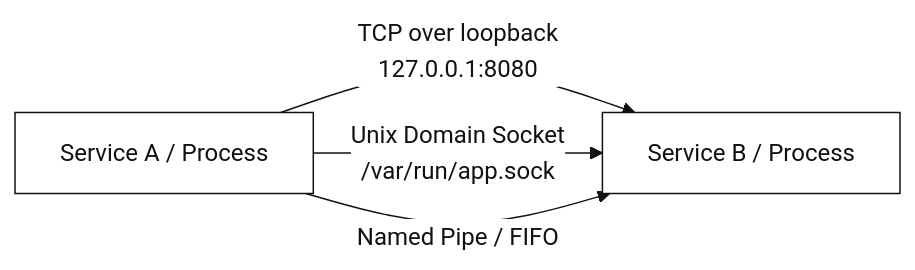
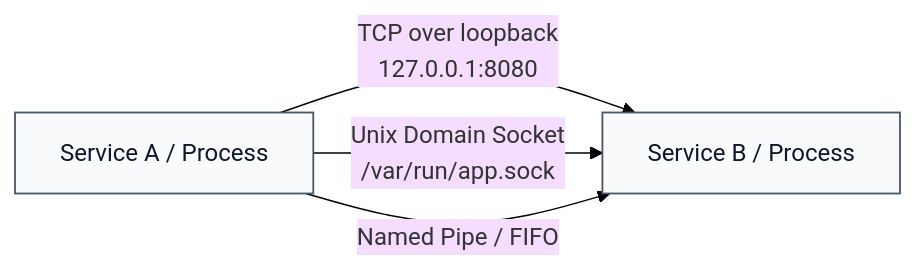
Before and after one commit to hananather/system-design: the fifth of 5 diagrams in sockets.md, drawn with Mermaid. The commit also changed other lines of this file, not shown here.

Commit message:
Restore colorful node styles while keeping canvas background white; maintain spacing settings; fix node class colors across diagrams

````diff
--- a/sockets.md
+++ b/sockets.md
@@ -135,22 +123,19 @@
 ```mermaid
 %%{init: {
   'theme': 'base',
   'themeVariables': {
     'background': '#ffffff',
-    'primaryColor': '#ffffff',
-    'primaryTextColor': '#111111',
-    'primaryBorderColor': '#111111',
-    'lineColor': '#111111',
-    'edgeLabelBackground': '#ffffff',
     'fontFamily': 'Inter, ui-sans-serif, system-ui'
   },
   'flowchart': { 'useMaxWidth': false, 'diagramPadding': 28, 'htmlLabels': true }
 }}%%
 flowchart LR
-  A["Service A / Process"]
-  B["Service B / Process"]
+  A["Service A / Process"]:::proc
+  B["Service B / Process"]:::proc
 
   A -- "TCP over loopback<br/>127.0.0.1:8080" --> B
   A -- "Unix Domain Socket<br/>/var/run/app.sock" --> B
   A -- "Named Pipe / FIFO" --> B
+
+  classDef proc fill:#F8FAFC,stroke:#475569,stroke-width:1.2px,color:#0F172A;
 ```
````
